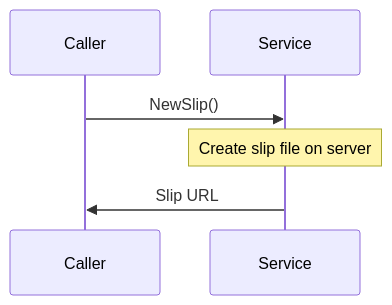
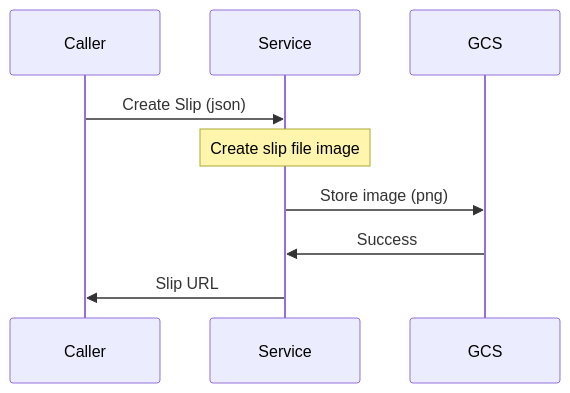
Before and after one commit to payboxth/go-slip: the diagram in README.md, drawn with Mermaid.

````diff
--- a/README.md
+++ b/README.md
@@ -13,8 +13,11 @@
 ```mermaid
 sequenceDiagram;
   participant Caller
   participant Service
-  Caller->>Service: NewSlip()
-  Note over Service: Create slip file on server
+  participant GCS
+  Caller->>Service: Create Slip (json)
+  Note over Service: Create slip file image
+  Service->>GCS: Store image (png)
+  GCS->>Service: Success
   Service->>Caller: Slip URL
 ```
````
